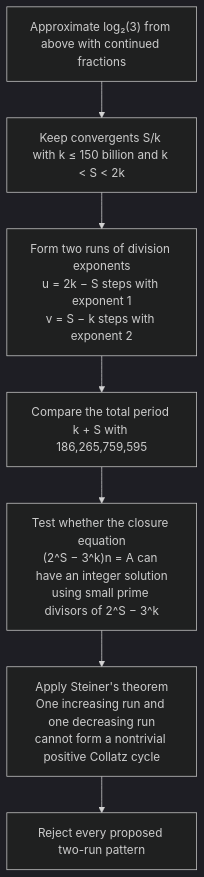
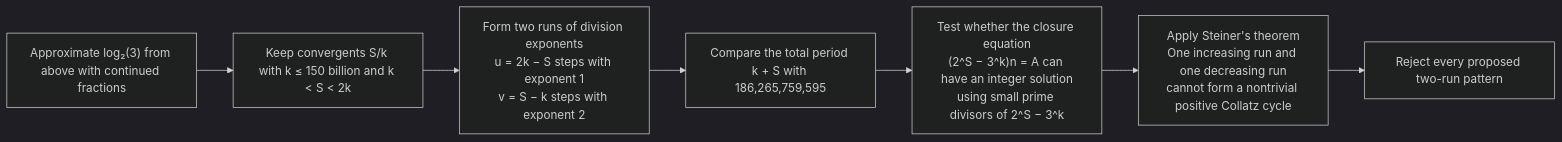
Before and after one commit to felipebottega/BigCollatz: the diagram in README.md, drawn with Mermaid (dark theme).

Commit message:
Lay out the Mermaid diagram horizontally

````diff
--- a/README.md
+++ b/README.md
@@ -55,12 +55,12 @@
 ```mermaid
-flowchart TD
+flowchart LR
     A["Approximate log₂(3) from above with continued fractions"]
     B["Keep convergents S/k with k ≤ 150 billion and k < S < 2k"]
     C["Form two runs of division exponents<br/>u = 2k − S steps with exponent 1<br/>v = S − k steps with exponent 2"]
     D["Compare the total period k + S with 186,265,759,595"]
     E["Test whether the closure equation<br/>(2^S − 3^k)n = A can have an integer solution<br/>using small prime divisors of 2^S − 3^k"]
     F["Apply Steiner's theorem<br/>One increasing run and one decreasing run<br/>cannot form a nontrivial positive Collatz cycle"]
     G["Reject every proposed two-run pattern"]
 
     A --> B --> C --> D --> E --> F --> G
 ```
````
